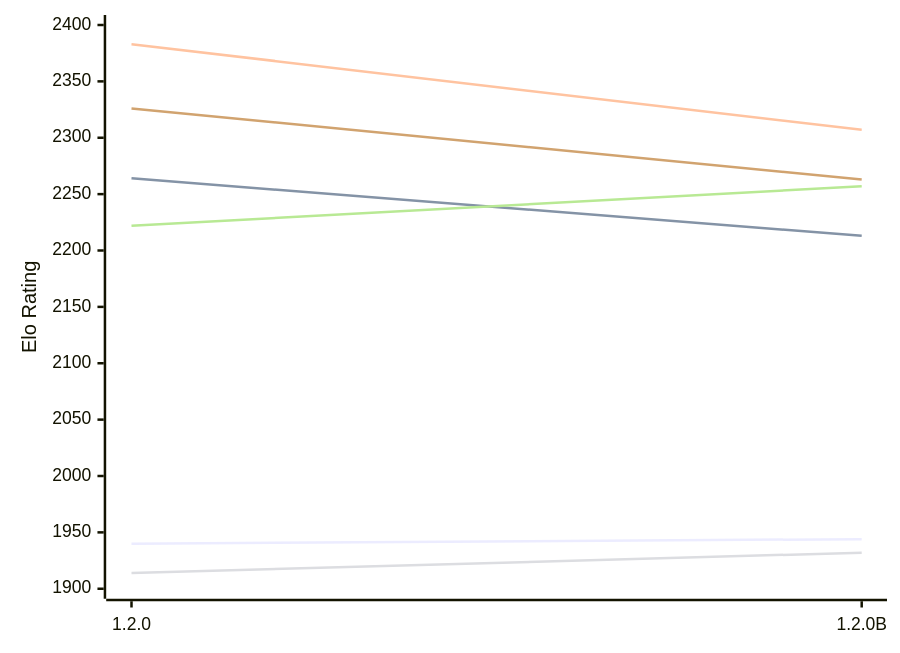
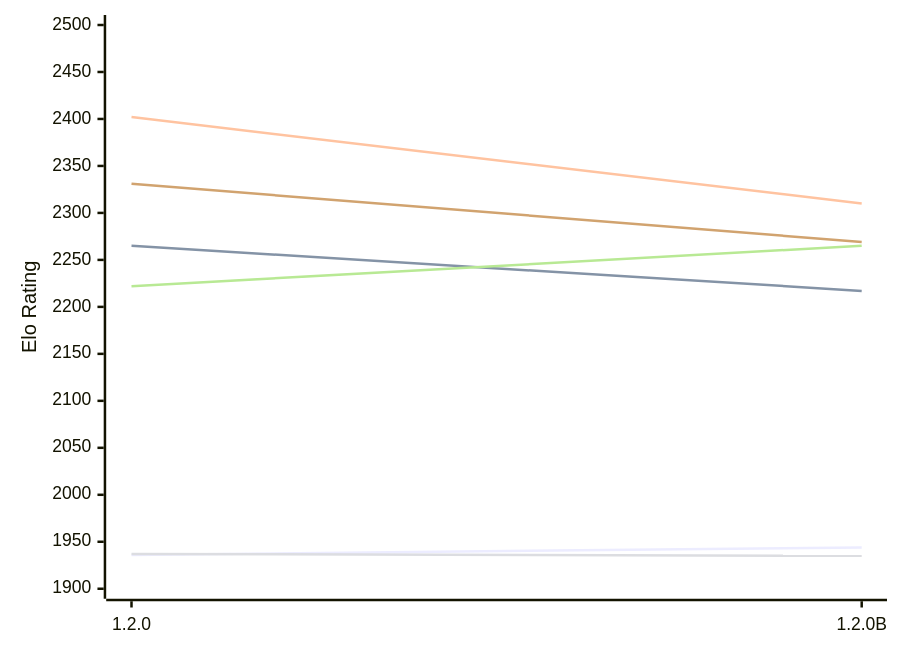
Before and after one commit to computer-chess-index/cci: the first of 2 diagrams in engines/Soomi.md, drawn with Mermaid. The commit also changed other lines of this file, not shown here.

Commit message:
Update CCI Ratings (ELO VLTC) - 2026-11-25

````diff
--- a/engines/Soomi.md
+++ b/engines/Soomi.md
@@ -53,12 +53,12 @@
 ```mermaid
 %%{init: {"theme":"base","themeVariables":{"seriesColors:['#a3a3a3','#222221','#faa371']}}}%%
 xychart-beta
   x-axis ["1.2.0", "1.2.0B"]
-  y-axis "Elo Rating" 1900 --> 2400
-  line "E1: STC (8.0+0.08s)" [1940, 1944]
-  line "E1: LTC (60.0+0.60s)" [2264, 2213]
-  line "E1: VLTC (2m24s+1.12s)" [2383, 2307]
-  line "P1: STC (8.0+0.08s)" [1914, 1932]
-  line "P1: LTC (60.0+0.60s)" [2222, 2257]
-  line "P1: VLTC (2m24s+1.12s)" [2326, 2263]
+  y-axis "Elo Rating" 1900 --> 2500
+  line "E1: STC (8.0+0.08s)" [1936, 1944]
+  line "E1: LTC (60.0+0.60s)" [2265, 2217]
+  line "E1: VLTC (2m24s+1.12s)" [2402, 2310]
+  line "P1: STC (8.0+0.08s)" [1937, 1935]
+  line "P1: LTC (60.0+0.60s)" [2222, 2265]
+  line "P1: VLTC (2m24s+1.12s)" [2331, 2269]
 ```
````
